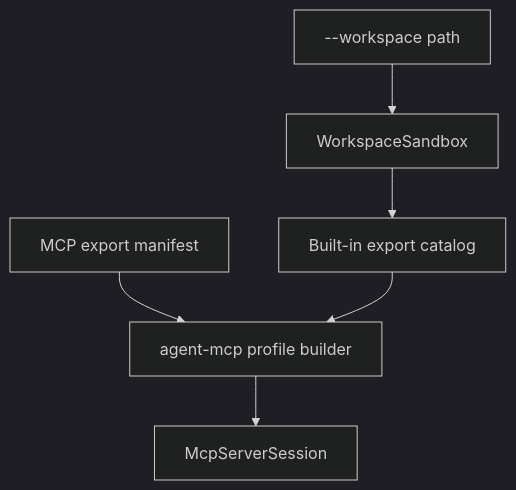
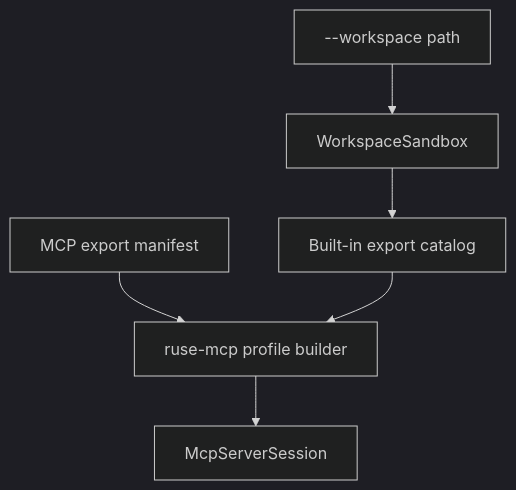
One commit to poneding/agent changed the diagram in docs/specs/M33-00-mcp-builtin-tool-export-technical-design.spec.md. Above: the diagram before and after it, drawn with Mermaid (dark theme). The commit also changed other lines of this file and 2091 other files, not shown here.

First line of the commit message:
refactor: rename agent branding to ruse

````diff
--- a/docs/specs/M33-00-mcp-builtin-tool-export-technical-design.spec.md
+++ b/docs/specs/M33-00-mcp-builtin-tool-export-technical-design.spec.md
@@ -31,8 +31,8 @@
 ```mermaid
 flowchart TD
-  Manifest["MCP export manifest"] --> Builder["agent-mcp profile builder"]
+  Manifest["MCP export manifest"] --> Builder["ruse-mcp profile builder"]
   Workspace["--workspace path"] --> Sandbox["WorkspaceSandbox"]
   Sandbox --> Catalog["Built-in export catalog"]
   Catalog --> Builder
   Builder --> Session["McpServerSession"]
 ```
````
